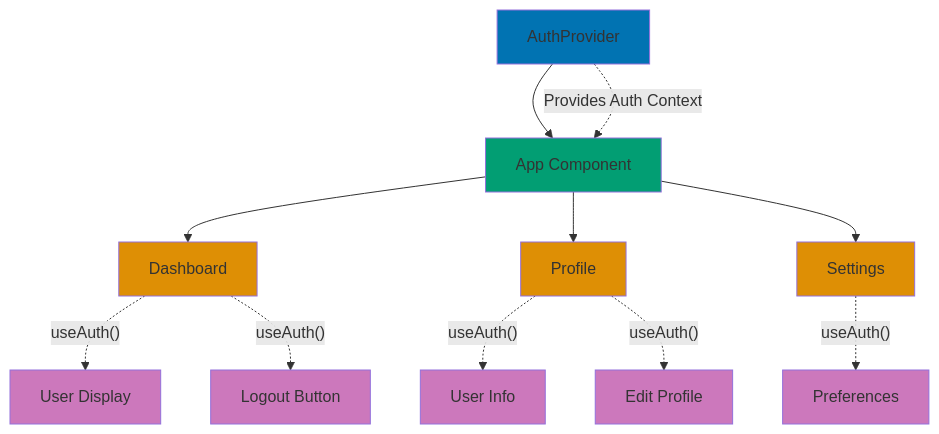
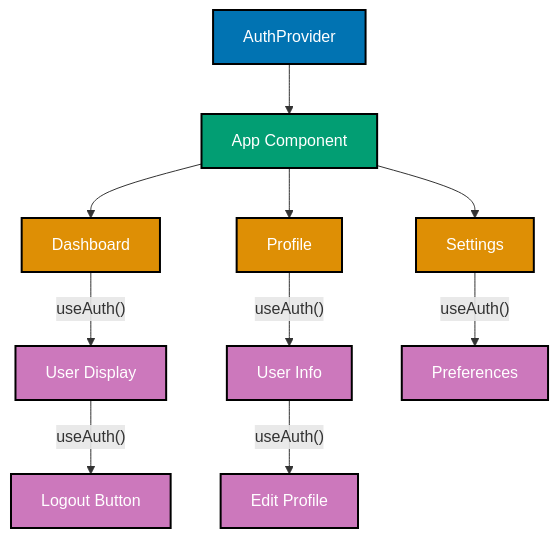
The first of 3 diagrams in docs/explanation/software-engineering/platform-web/tools/fe-react/state-management.md (wahidyankf/ose-primer), drawn with Mermaid before and after one commit. The commit also changed 86 other files, not shown here.

````diff
--- a/docs/explanation/software-engineering/platform-web/tools/fe-react/state-management.md
+++ b/docs/explanation/software-engineering/platform-web/tools/fe-react/state-management.md
@@ -506,27 +506,20 @@
 ```mermaid
 %% Color Palette: Blue #0173B2, Orange #DE8F05, Teal #029E73, Purple #CC78BC
 %% All colors are color-blind friendly and meet WCAG AA contrast standards
 
 graph TD
-    A[AuthProvider] --> B[App Component]
-    A -.->|Provides Auth Context| B
-    B --> C[Dashboard]
-    B --> D[Profile]
-    B --> E[Settings]
-    C -.->|useAuth#40;#41;| F[User Display]
-    C -.->|useAuth#40;#41;| G[Logout Button]
-    D -.->|useAuth#40;#41;| H[User Info]
-    D -.->|useAuth#40;#41;| I[Edit Profile]
-    E -.->|useAuth#40;#41;| J[Preferences]
+    A[AuthProvider]:::blue --> B[App Component]:::teal
+    B --> C[Dashboard]:::orange
+    B --> D[Profile]:::orange
+    B --> E[Settings]:::orange
+    C -->|useAuth#40;#41;| F[User Display]:::purple
+    F -->|useAuth#40;#41;| G[Logout Button]:::purple
+    D -->|useAuth#40;#41;| H[User Info]:::purple
+    H -->|useAuth#40;#41;| I[Edit Profile]:::purple
+    E -->|useAuth#40;#41;| J[Preferences]:::purple
 
-    style A fill:#0173B2
-    style B fill:#029E73
-    style C fill:#DE8F05
-    style D fill:#DE8F05
-    style E fill:#DE8F05
-    style F fill:#CC78BC
-    style G fill:#CC78BC
-    style H fill:#CC78BC
-    style I fill:#CC78BC
-    style J fill:#CC78BC
+    classDef blue fill:#0173B2,stroke:#000000,color:#FFFFFF,stroke-width:2px
+    classDef teal fill:#029E73,stroke:#000000,color:#FFFFFF,stroke-width:2px
+    classDef orange fill:#DE8F05,stroke:#000000,color:#FFFFFF,stroke-width:2px
+    classDef purple fill:#CC78BC,stroke:#000000,color:#FFFFFF,stroke-width:2px
 ```
````
